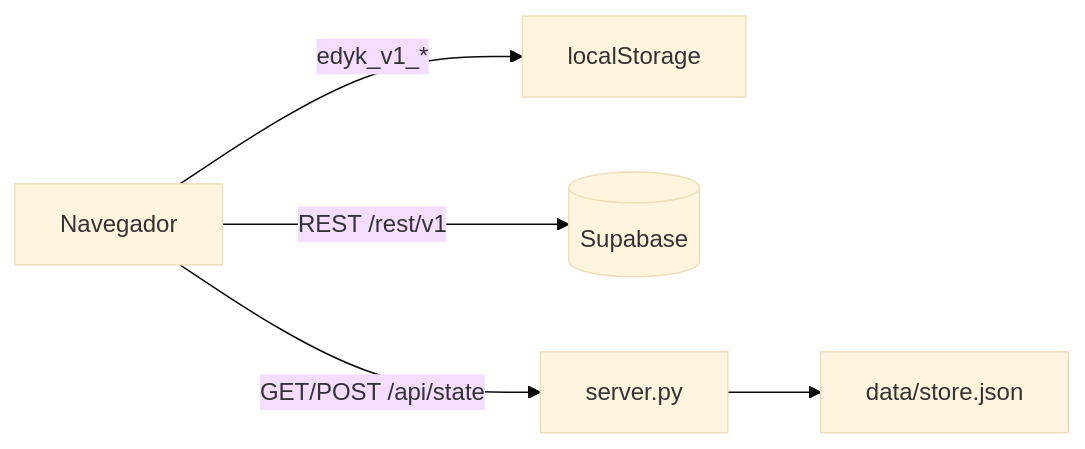
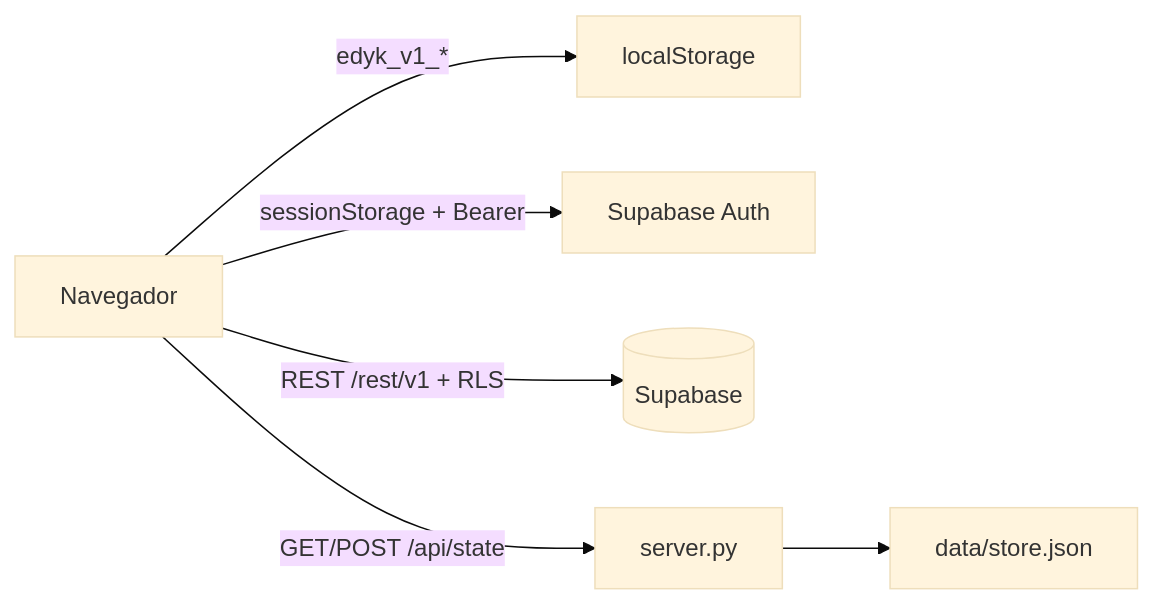
The diagram in README.md (ProjetoJhon/barbearia_Edy), drawn with Mermaid (base theme) before and after one commit. The commit also changed other lines of this file and 3 other files, not shown here.

First line of the commit message:
seguranca: troca login local por Supabase Auth e RLS por usuario

````diff
--- a/README.md
+++ b/README.md
@@ -143,7 +144,8 @@
 ```mermaid
 flowchart LR
     A[Navegador] -->|edyk_v1_*| B[localStorage]
-    A -->|REST /rest/v1| C[(Supabase)]
-    A -->|GET/POST /api/state| D[server.py]
-    D --> E[data/store.json]
+    A -->|sessionStorage + Bearer| C[Supabase Auth]
+    A -->|REST /rest/v1 + RLS| D[(Supabase)]
+    A -->|GET/POST /api/state| E[server.py]
+    E --> F[data/store.json]
 ```
````
